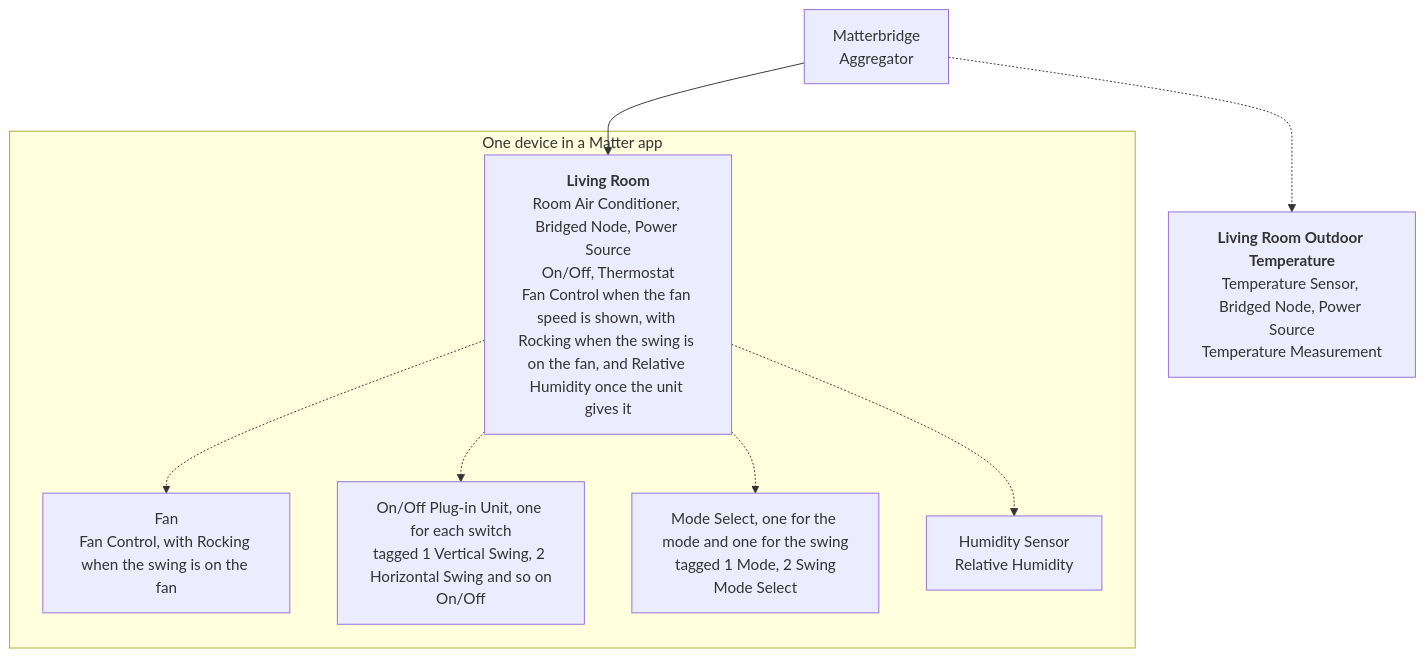
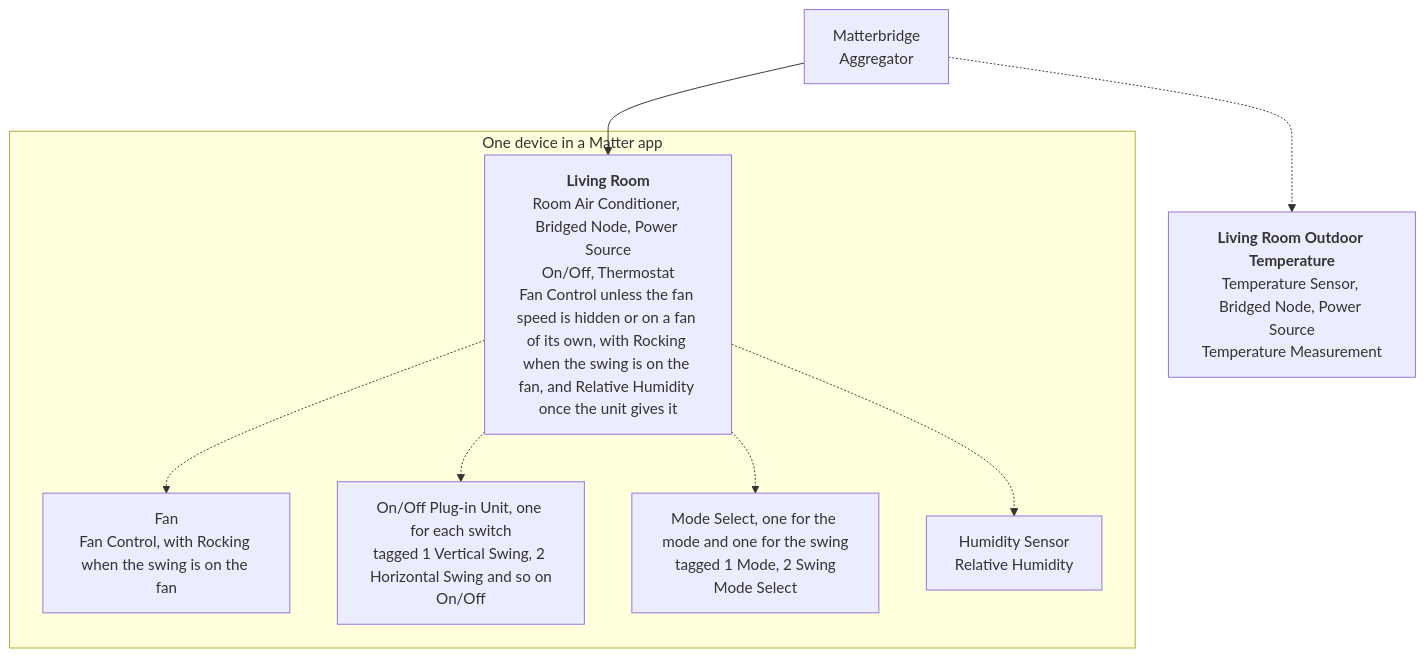
The first of 2 diagrams in README.md (cheziyi/matterbridge-daikin-local), drawn with Mermaid before and after one commit. The commit also changed other lines of this file and 9 other files, not shown here.

First line of the commit message:
revert(devices): take the fan control off the air conditioner again when the fan is a device of its own

````diff
--- a/README.md
+++ b/README.md
@@ -117,18 +117,18 @@
 ```mermaid
 flowchart TD
     bridge["Matterbridge<br/>Aggregator"]
     subgraph device["One device in a Matter app"]
-        ac["<b>Living Room</b><br/>Room Air Conditioner, Bridged Node, Power Source<br/>On/Off, Thermostat<br/>Fan Control when the fan speed is shown, with Rocking when the swing is on the fan, and Relative Humidity once the unit gives it"]
+        ac["<b>Living Room</b><br/>Room Air Conditioner, Bridged Node, Power Source<br/>On/Off, Thermostat<br/>Fan Control unless the fan speed is hidden or on a fan of its own, with Rocking when the swing is on the fan, and Relative Humidity once the unit gives it"]
         fan["Fan<br/>Fan Control, with Rocking when the swing is on the fan"]
         switches["On/Off Plug-in Unit, one for each switch<br/>tagged 1 Vertical Swing, 2 Horizontal Swing and so on<br/>On/Off"]
         selects["Mode Select, one for the mode and one for the swing<br/>tagged 1 Mode, 2 Swing<br/>Mode Select"]
         humidity["Humidity Sensor<br/>Relative Humidity"]
     end
     outdoor["<b>Living Room Outdoor Temperature</b><br/>Temperature Sensor, Bridged Node, Power Source<br/>Temperature Measurement"]
     bridge --> ac
     ac -.-> fan
     ac -.-> switches
     ac -.-> selects
     ac -.-> humidity
     bridge -.-> outdoor
 ```
````
